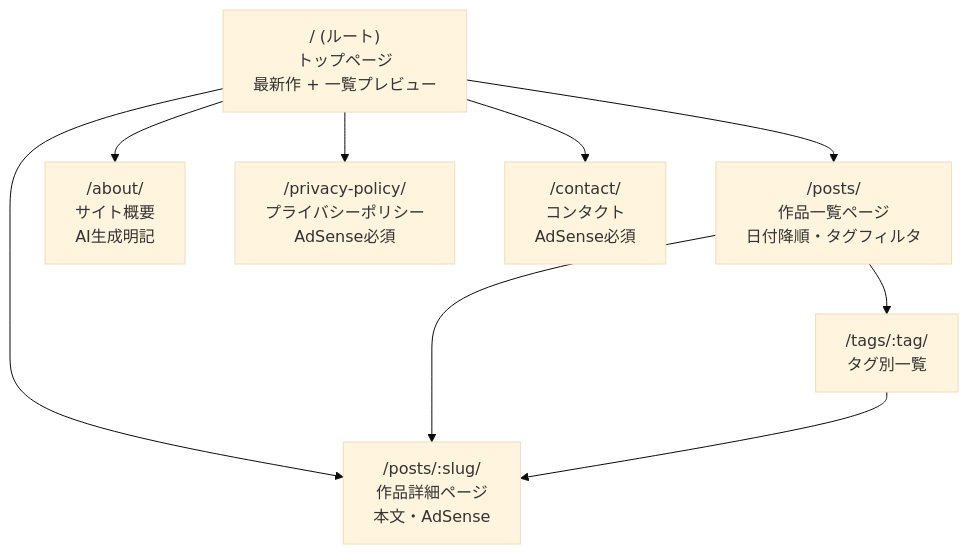
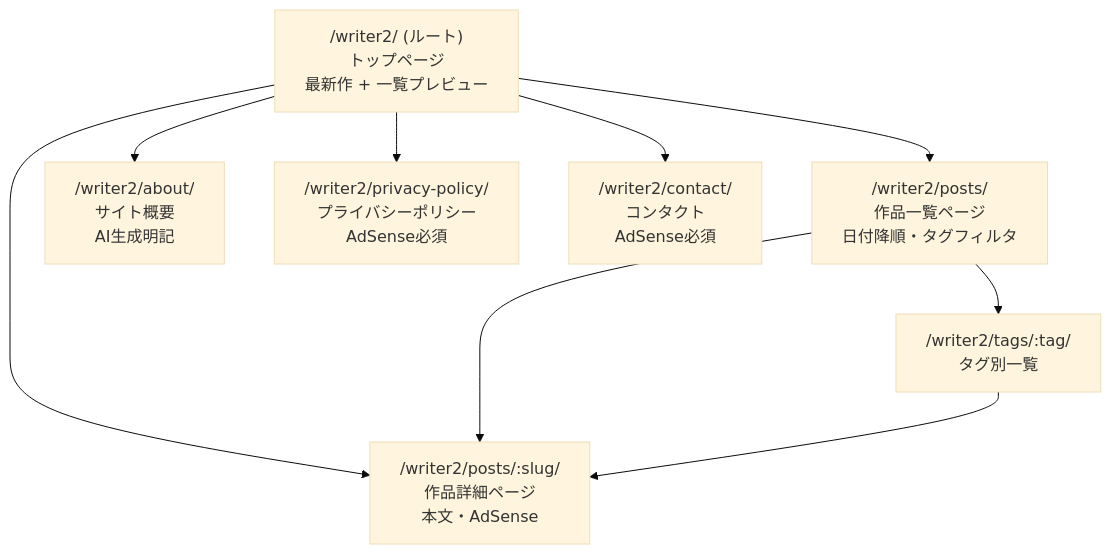
One commit to garyohosu/writer2 changed the first of 8 diagrams in UI.md. Above: the diagram before and after it, drawn with Mermaid (base theme). The commit also changed other lines of this file and 2 other files, not shown here.

````diff
--- a/UI.md
+++ b/UI.md
@@ -13,19 +13,19 @@
 ```mermaid
 graph TD
-    ROOT["/ (ルート)\nトップページ\n最新作 + 一覧プレビュー"]
-    INDEX["/posts/\n作品一覧ページ\n日付降順・タグフィルタ"]
-    STORY["/posts/:slug/\n作品詳細ページ\n本文・AdSense"]
-    ABOUT["/about/\nサイト概要\nAI生成明記"]
-    PRIVACY["/privacy-policy/\nプライバシーポリシー\nAdSense必須"]
-    CONTACT["/contact/\nコンタクト\nAdSense必須"]
-    TAG["/tags/:tag/\nタグ別一覧"]
+    ROOT["/writer2/ (ルート)\nトップページ\n最新作 + 一覧プレビュー"]
+    INDEX["/writer2/posts/\n作品一覧ページ\n日付降順・タグフィルタ"]
+    STORY["/writer2/posts/:slug/\n作品詳細ページ\n本文・AdSense"]
+    ABOUT["/writer2/about/\nサイト概要\nAI生成明記"]
+    PRIVACY["/writer2/privacy-policy/\nプライバシーポリシー\nAdSense必須"]
+    CONTACT["/writer2/contact/\nコンタクト\nAdSense必須"]
+    TAG["/writer2/tags/:tag/\nタグ別一覧"]
 
     ROOT --> INDEX
     ROOT --> STORY
     ROOT --> ABOUT
     ROOT --> PRIVACY
     ROOT --> CONTACT
     INDEX --> STORY
     INDEX --> TAG
     TAG --> STORY
 ```
````
